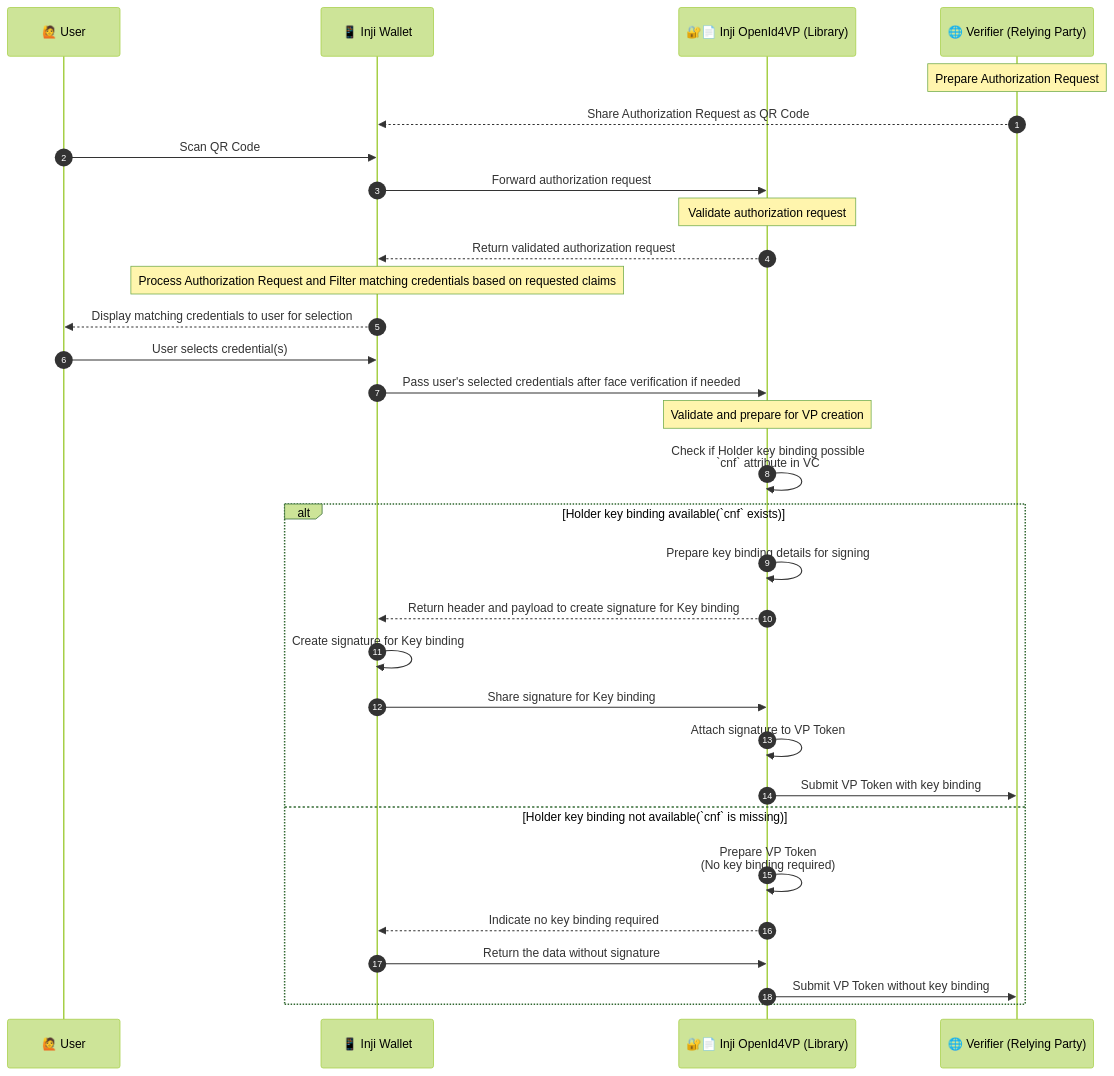
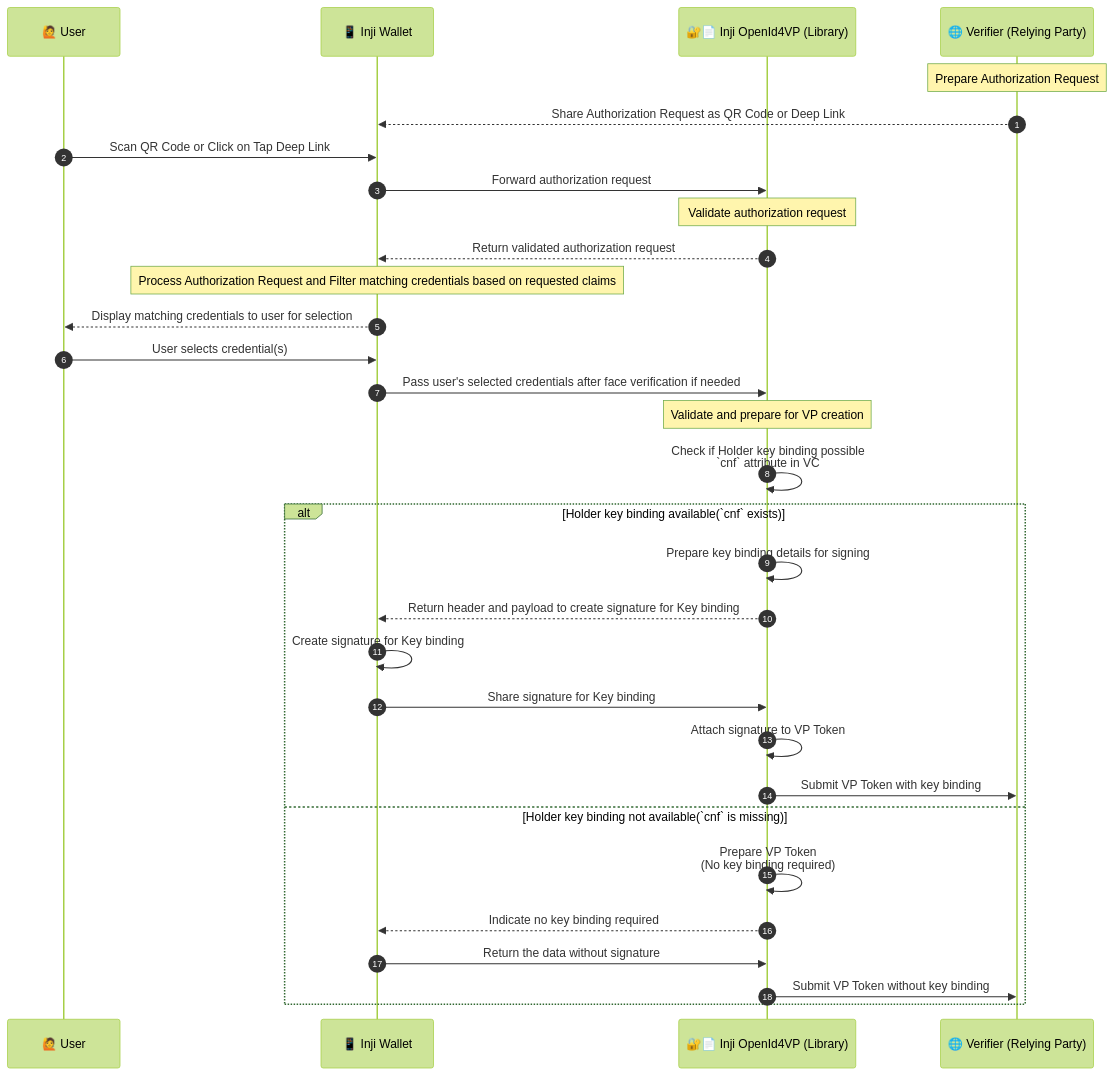
One commit to inji/inji-wallet changed the diagram in docs/sdjwt-vp-support.md. Above: the diagram before and after it, drawn with Mermaid (forest theme). The commit also changed other lines of this file, not shown here.

Commit message:
[INJIMOB-3503] - Add details about cross device and same device flow for sd-jwt vp

````diff
--- a/docs/sdjwt-vp-support.md
+++ b/docs/sdjwt-vp-support.md
@@ -13,35 +23,35 @@
 ```mermaid
 sequenceDiagram
   autonumber
   participant User as 🙋 User
   participant Wallet as  📱 Inji Wallet
   participant OVP_Lib as 🔐📄 Inji OpenId4VP (Library)
   participant RP as 🌐 Verifier (Relying Party)
 
   Note over RP: Prepare Authorization Request
-  RP-->>Wallet: Share Authorization Request as QR Code
-  User->>Wallet: Scan QR Code
+  RP-->>Wallet: Share Authorization Request as QR Code or Deep Link
+  User->>Wallet: Scan QR Code or Click on Tap Deep Link
   Wallet->>OVP_Lib: Forward authorization request
   Note over OVP_Lib: Validate authorization request
   OVP_Lib-->>Wallet: Return validated authorization request
   Note over Wallet: Process Authorization Request and Filter matching credentials based on requested claims
   Wallet-->>User: Display matching credentials to user for selection
   User->>Wallet: User selects credential(s)
   Wallet->>OVP_Lib: Pass user's selected credentials after face verification if needed
   Note over OVP_Lib: Validate and prepare for VP creation
   OVP_Lib->>OVP_Lib: Check if Holder key binding possible<br/>`cnf` attribute in VC
   alt Holder key binding available(`cnf` exists)
     OVP_Lib->>OVP_Lib: Prepare key binding details for signing
     OVP_Lib-->>Wallet: Return header and payload to create signature for Key binding
     Wallet->>Wallet: Create signature for Key binding
     Wallet->>OVP_Lib: Share signature for Key binding
     OVP_Lib->>OVP_Lib: Attach signature to VP Token
     OVP_Lib->>RP: Submit VP Token with key binding
   else Holder key binding not available(`cnf` is missing)
     OVP_Lib->>OVP_Lib: Prepare VP Token<br/>(No key binding required)
     OVP_Lib-->>Wallet: Indicate no key binding required
     Wallet->>OVP_Lib: Return the data without signature
     OVP_Lib->>RP: Submit VP Token without key binding
   end
 
 ```
````
